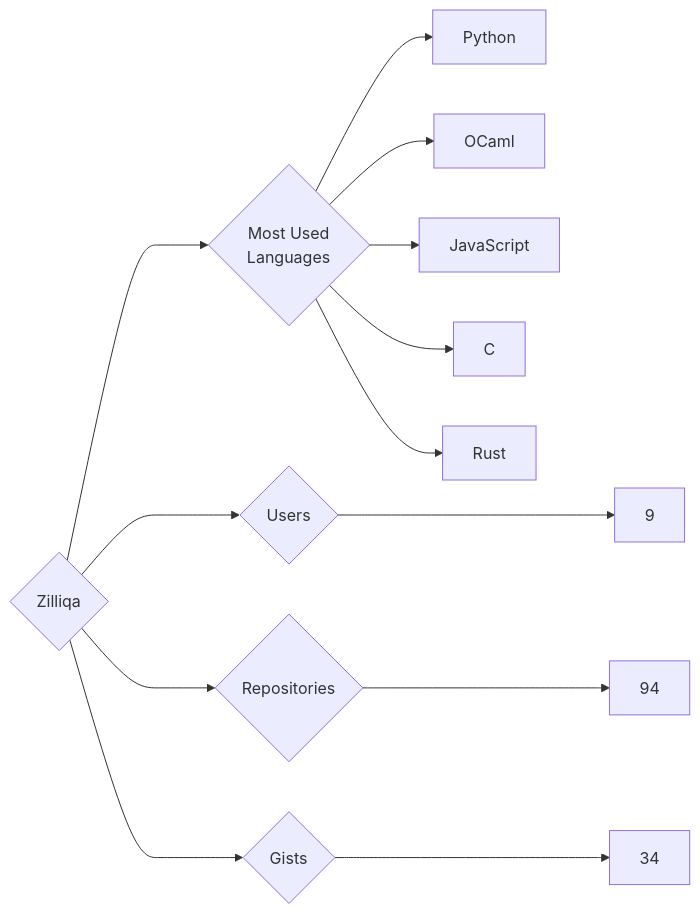
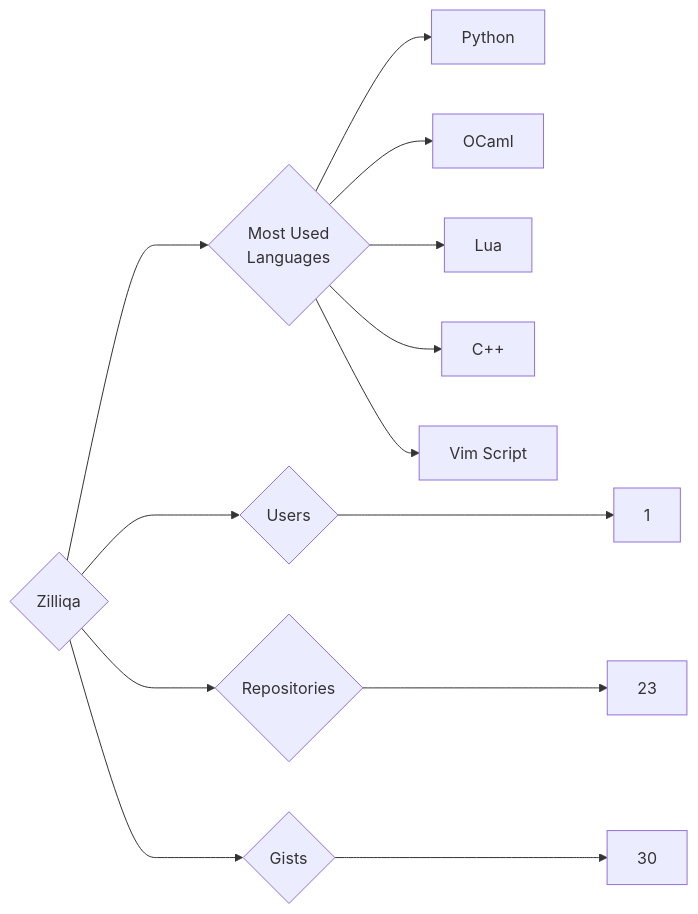
The diagram in targets/Zilliqa/README.md (trickest/insiders), drawn with Mermaid before and after one commit. The commit also changed 1248 other files, not shown here.

````diff
--- a/targets/Zilliqa/README.md
+++ b/targets/Zilliqa/README.md
@@ -3,13 +3,13 @@
 ```mermaid
 graph LR
 COMPANY_NAME{Zilliqa}
-COMPANY_NAME ---> U{Users} ---> UN[9]
-COMPANY_NAME ---> R{Repositories} ---> RN[94]
-COMPANY_NAME ---> G{Gists} ---> GN[34]
+COMPANY_NAME ---> U{Users} ---> UN[1]
+COMPANY_NAME ---> R{Repositories} ---> RN[23]
+COMPANY_NAME ---> G{Gists} ---> GN[30]
 COMPANY_NAME ---> ML{Most Used<br>Languages}
 ML --> Python[Python]
 ML --> OCaml[OCaml]
-ML --> JavaScript[JavaScript]
-ML --> C[C]
-ML --> Rust[Rust]
+ML --> Lua[Lua]
+ML --> C++[C++]
+ML --> Vim_Script[Vim Script]
 ```
````
